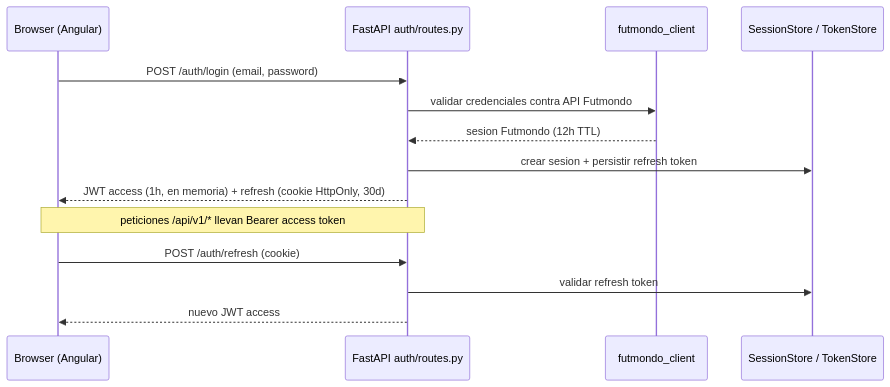
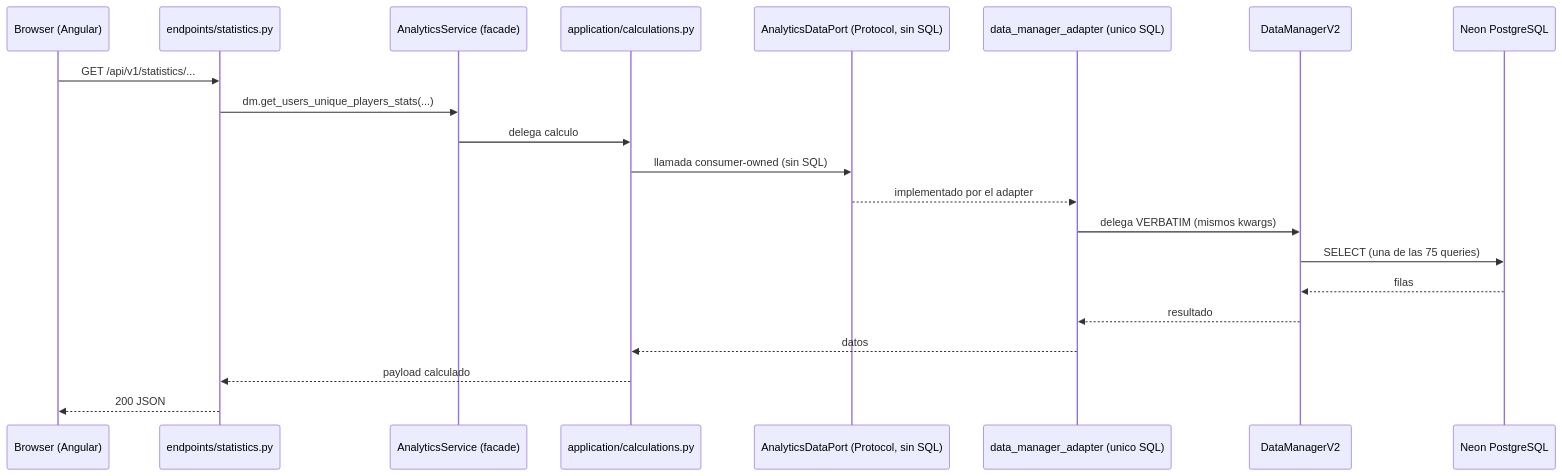
One commit to Mutinho/futmondo-analytics changed the second of 4 diagrams in aidlc/spaces/default/codekb/futmondo-analytics/architecture.md. Above: the diagram before and after it, drawn with Mermaid. The commit also changed other lines of this file and 50 other files, not shown here.

First line of the commit message:
chore(aidlc): registro del intent 261005 data-manager-god-file

````diff
--- a/aidlc/spaces/default/codekb/futmondo-analytics/architecture.md
+++ b/aidlc/spaces/default/codekb/futmondo-analytics/architecture.md
@@ -81,16 +114,23 @@
 ```mermaid
 sequenceDiagram
   participant U as Browser (Angular)
-  participant A as FastAPI auth/routes.py
-  participant F as futmondo_client
-  participant S as SessionStore / TokenStore
-  U->>A: POST /auth/login (email, password)
-  A->>F: validar credenciales contra API Futmondo
-  F-->>A: sesion Futmondo (12h TTL)
-  A->>S: crear sesion + persistir refresh token
-  A-->>U: JWT access (1h, en memoria) + refresh (cookie HttpOnly, 30d)
-  Note over U,A: peticiones /api/v1/* llevan Bearer access token
-  U->>A: POST /auth/refresh (cookie)
-  A->>S: validar refresh token
-  A-->>U: nuevo JWT access
+  participant R as endpoints/statistics.py
+  participant FA as AnalyticsService (facade)
+  participant APP as application/calculations.py
+  participant PORT as AnalyticsDataPort (Protocol, sin SQL)
+  participant AD as data_manager_adapter (unico SQL)
+  participant M as DataManagerV2
+  participant N as Neon PostgreSQL
+  U->>R: GET /api/v1/statistics/...
+  R->>FA: dm.get_users_unique_players_stats(...)
+  FA->>APP: delega calculo
+  APP->>PORT: llamada consumer-owned (sin SQL)
+  PORT-->>AD: implementado por el adapter
+  AD->>M: delega VERBATIM (mismos kwargs)
+  M->>N: SELECT (una de las 75 queries)
+  N-->>M: filas
+  M-->>AD: resultado
+  AD-->>APP: datos
+  APP-->>R: payload calculado
+  R-->>U: 200 JSON
 ```
````
